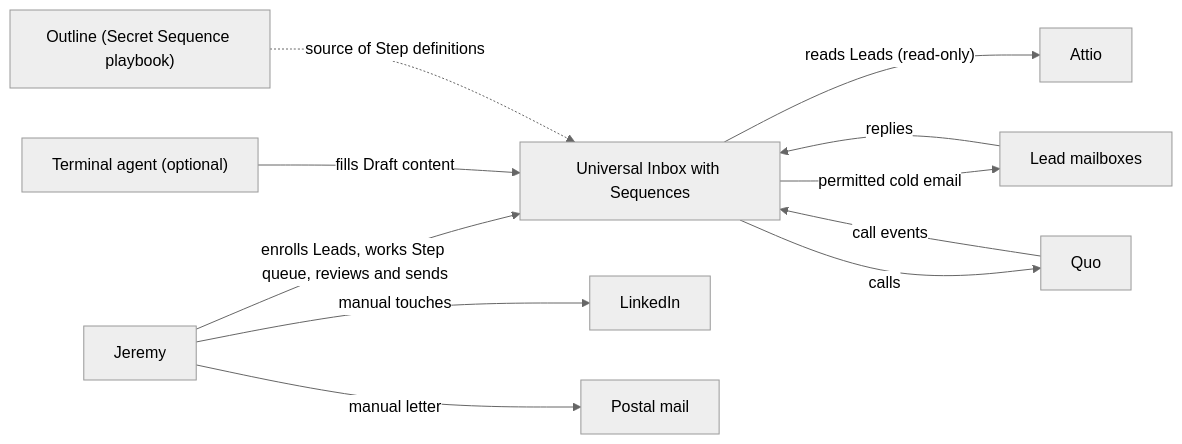
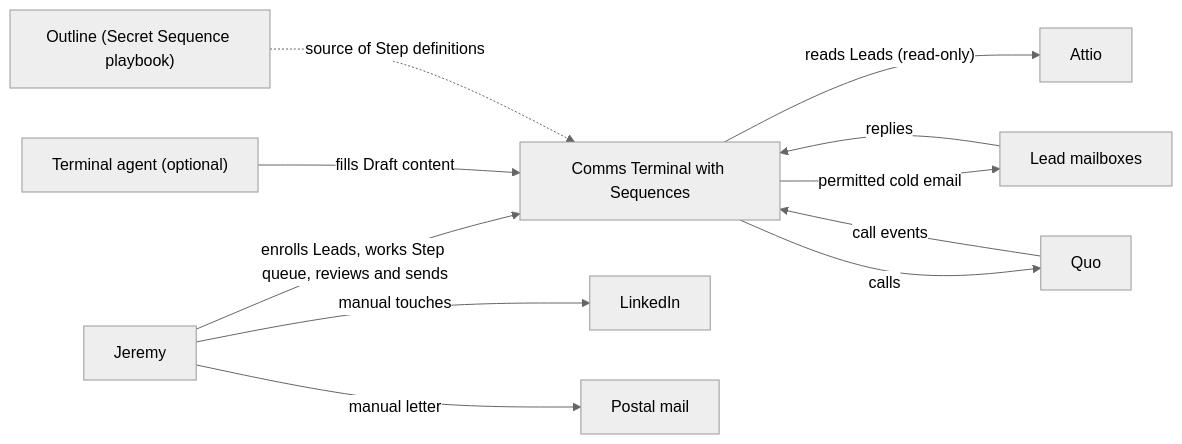
Before and after one commit to JMLegere/comms-terminal: the second of 4 diagrams in .agents/discovery/2026-10-15-attio-sequences.md, drawn with Mermaid (neutral theme). The commit also changed other lines of this file and 181 other files, not shown here.

First line of the commit message:
Rename: Universal Inbox is now Comms Terminal

````diff
--- a/.agents/discovery/2026-10-15-attio-sequences.md
+++ b/.agents/discovery/2026-10-15-attio-sequences.md
@@ -320,13 +320,13 @@
 ```mermaid
 flowchart LR
-  J["Jeremy"] -->|"enrolls Leads, works Step queue, reviews and sends"| S["Universal Inbox with Sequences"]
+  J["Jeremy"] -->|"enrolls Leads, works Step queue, reviews and sends"| S["Comms Terminal with Sequences"]
   AG["Terminal agent (optional)"] -->|"fills Draft content"| S
   S -->|"reads Leads (read-only)"| AT["Attio"]
   S -->|"permitted cold email"| R["Lead mailboxes"]
   R -->|"replies"| S
   S -->|"calls"| Q["Quo"]
   Q -->|"call events"| S
   J -->|"manual touches"| LI["LinkedIn"]
   J -->|"manual letter"| PM["Postal mail"]
   OL["Outline (Secret Sequence playbook)"] -.->|"source of Step definitions"| S
 ```
````
